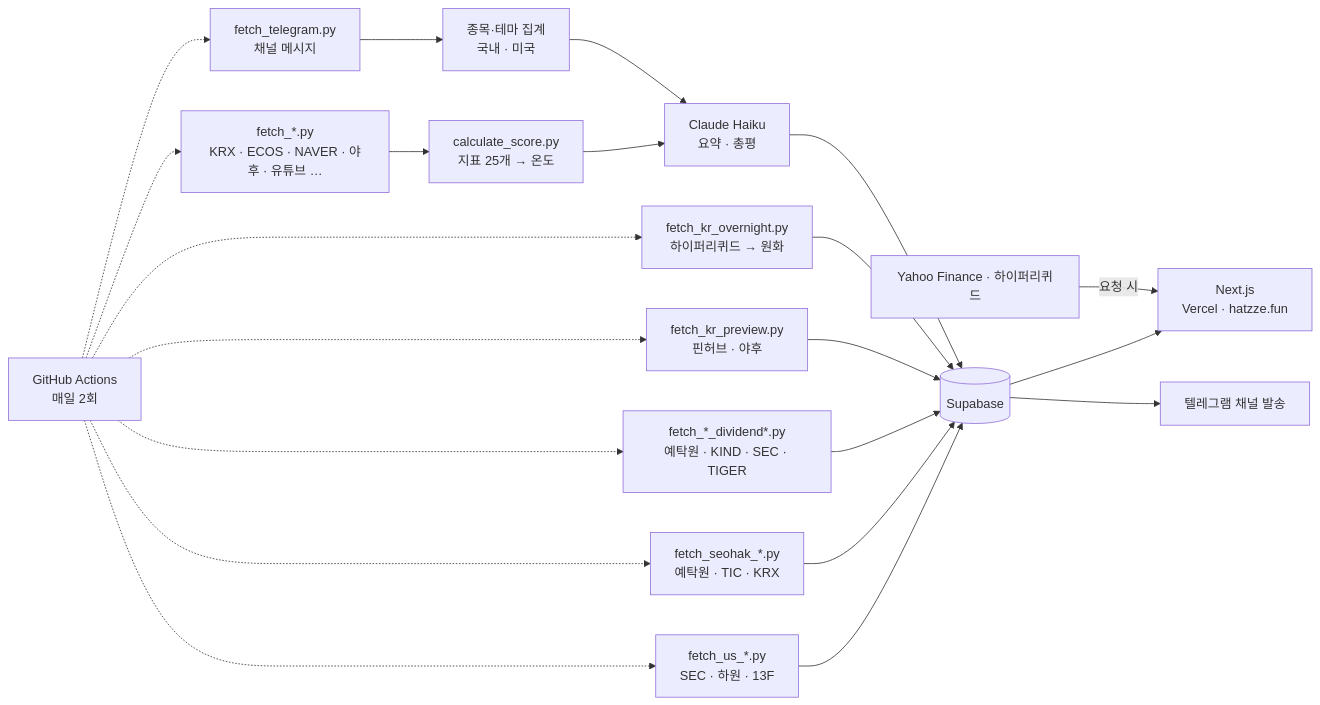
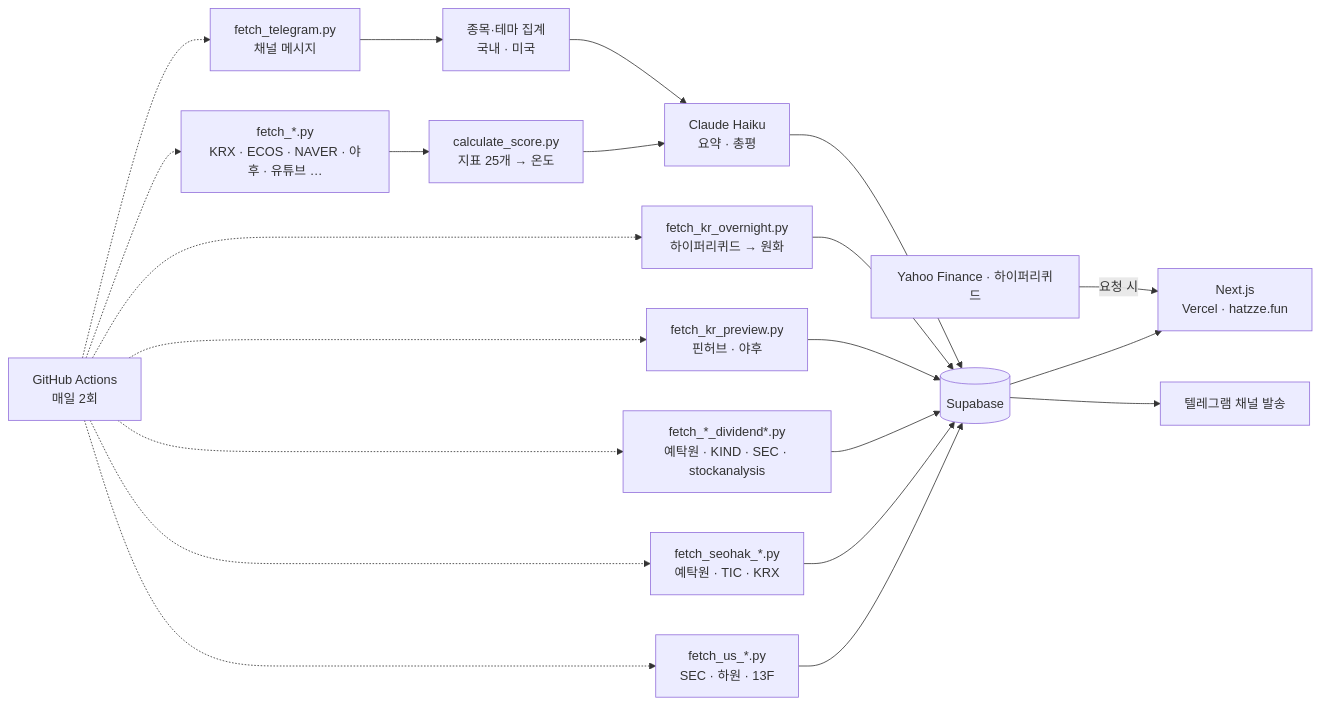
Before and after one commit to drakedog-kr/hatzze: the diagram in README.md, drawn with Mermaid. The commit also changed other lines of this file and 7 other files, not shown here.

````diff
--- a/README.md
+++ b/README.md
@@ -29,23 +29,23 @@
 ```mermaid
 flowchart LR
     A["fetch_*.py<br/>KRX · ECOS · NAVER · 야후 · 유튜브 …"] --> B["calculate_score.py<br/>지표 25개 → 온도"]
     T1["fetch_telegram.py<br/>채널 메시지"] --> T2["종목·테마 집계<br/>국내 · 미국"]
     U1["fetch_us_*.py<br/>SEC · 하원 · 13F"] --> D
     S1["fetch_seohak_*.py<br/>예탁원 · TIC · KRX"] --> D
-    V1["fetch_*_dividend*.py<br/>예탁원 · KIND · SEC · TIGER"] --> D
+    V1["fetch_*_dividend*.py<br/>예탁원 · KIND · SEC · stockanalysis"] --> D
     P1["fetch_kr_preview.py<br/>핀허브 · 야후"] --> D
     P2["fetch_kr_overnight.py<br/>하이퍼리퀴드 → 원화"] --> D
     B --> L["Claude Haiku<br/>요약 · 총평"]
     T2 --> L
     L --> D[("Supabase")]
     D --> E["Next.js<br/>Vercel · hatzze.fun"]
     D --> BC["텔레그램 채널 발송"]
     Y["Yahoo Finance · 하이퍼리퀴드"] -->|요청 시| E
     G["GitHub Actions<br/>매일 2회"] -.-> A
     G -.-> T1
     G -.-> U1
     G -.-> S1
     G -.-> V1
     G -.-> P1
     G -.-> P2
 ```
````
